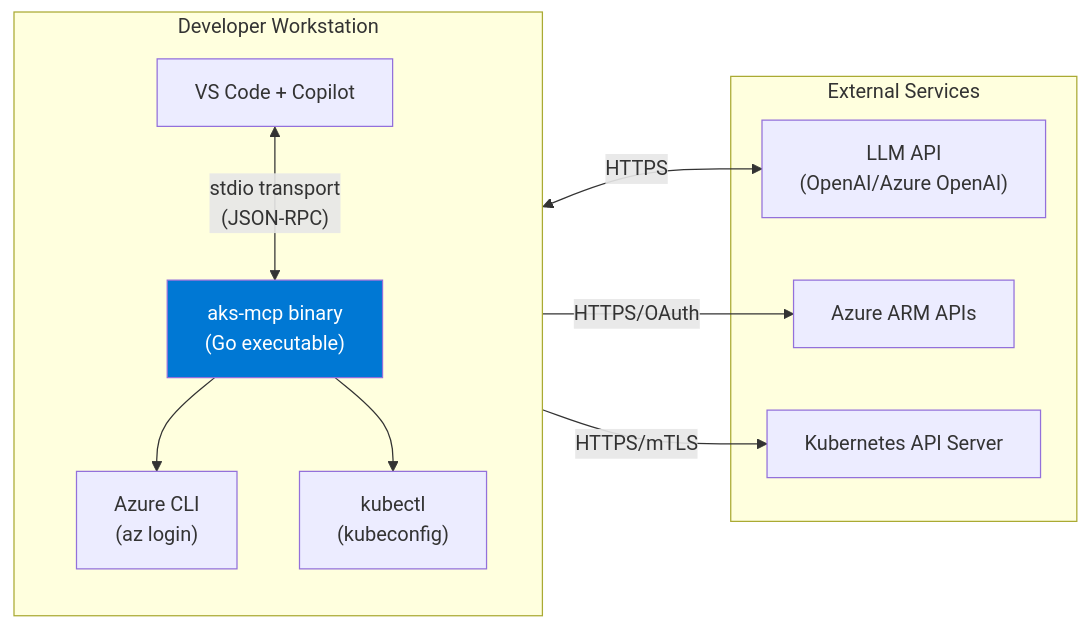
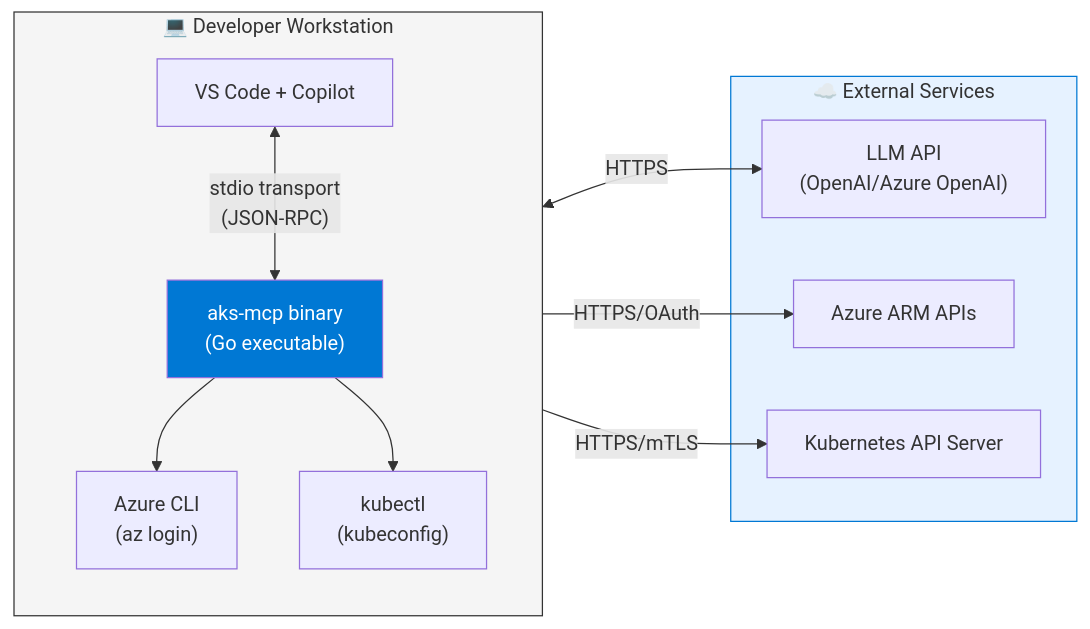
One commit to srinman/platform-engineering changed the eighth of 12 diagrams in platform-agentic-ai-enhanced.md. Above: the diagram before and after it, drawn with Mermaid. The commit also changed other lines of this file, not shown here.

````diff
--- a/platform-agentic-ai-enhanced.md
+++ b/platform-agentic-ai-enhanced.md
@@ -431,25 +529,27 @@
 ```mermaid
 flowchart LR
-    subgraph "Developer Workstation"
+    subgraph DESKTOP["💻 Developer Workstation"]
         direction TB
         VSCODE["VS Code + Copilot"]
         AKS_MCP_BIN["aks-mcp binary<br/>(Go executable)"]
         AZ_CLI["Azure CLI<br/>(az login)"]
         KUBECTL["kubectl<br/>(kubeconfig)"]
     end
     
-    subgraph "External Services"
+    subgraph EXTERNAL["☁️ External Services"]
         LLM_API["LLM API<br/>(OpenAI/Azure OpenAI)"]
         AZURE["Azure ARM APIs"]
         K8S["Kubernetes API Server"]
     end
     
     VSCODE <-->|"stdio transport<br/>(JSON-RPC)"| AKS_MCP_BIN
     VSCODE <-->|"HTTPS"| LLM_API
     AKS_MCP_BIN --> AZ_CLI
     AKS_MCP_BIN --> KUBECTL
     AZ_CLI -->|"HTTPS/OAuth"| AZURE
     KUBECTL -->|"HTTPS/mTLS"| K8S
     
+    style DESKTOP fill:#f5f5f5,stroke:#333
+    style EXTERNAL fill:#e6f2ff,stroke:#0078D4
     style AKS_MCP_BIN fill:#0078D4,color:white
 ```
````
